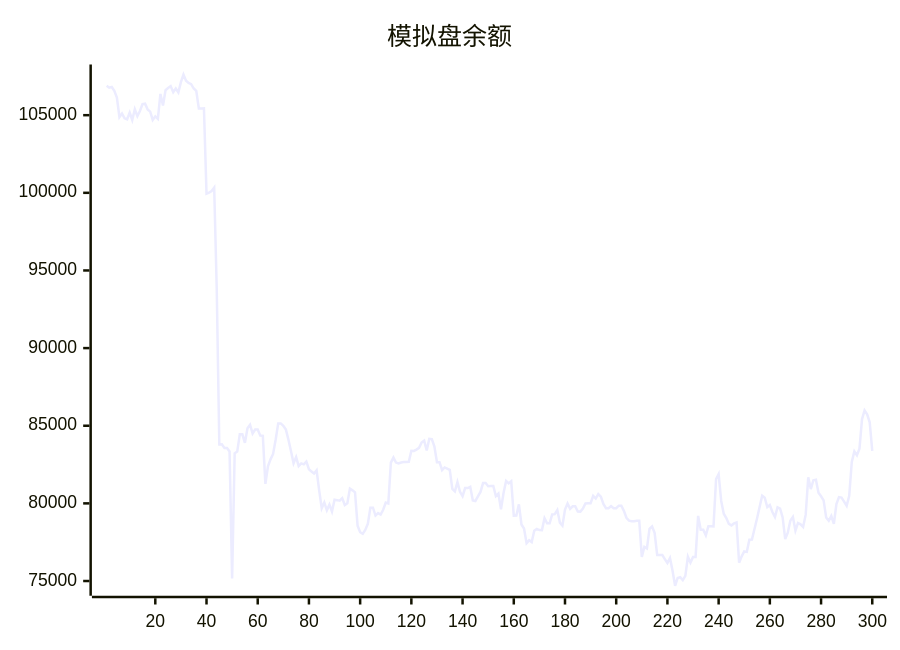
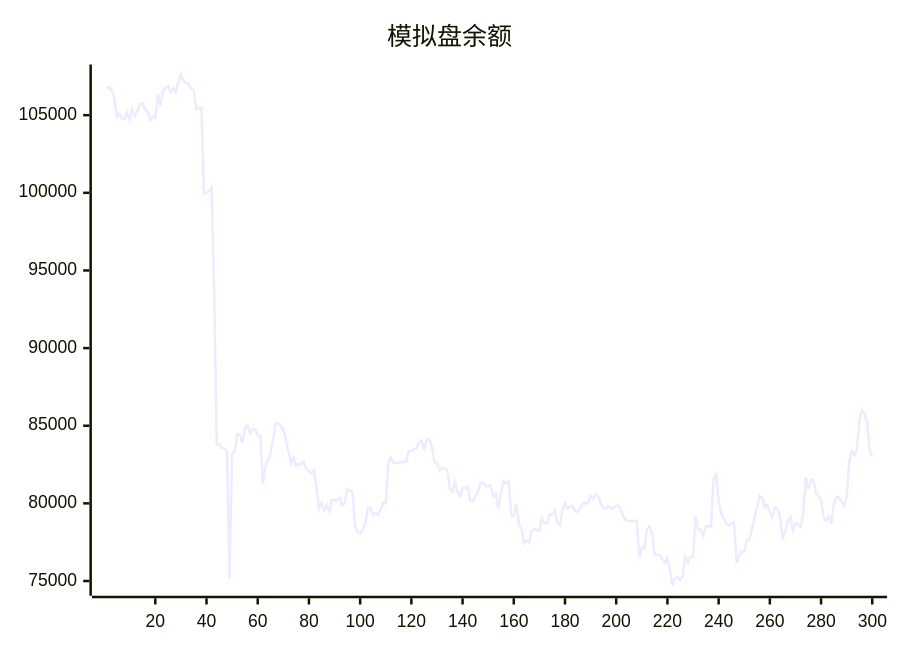
One commit to aahl/ai-trading changed the diagram in README.md. Above: the diagram before and after it, drawn with Mermaid. The commit also changed other lines of this file and 1 other file, not shown here.

````diff
--- a/README.md
+++ b/README.md
@@ -5,5 +5,5 @@
 ```mermaid
 xychart
     title "模拟盘余额"
-    line [106889,106771,106816,106565,106141,104876,105103,104796,104734,105169,104690,105380,104941,105272,105709,105739,105374,105227,104691,104924,104762,106364,105628,106608,106748,106872,106485,106721,106468,107132,107620,107224,107080,107001,106717,106567,105431,105431,105440,99950,100017,100113,100337,93749,83795,83807,83567,83567,83342,75168,83222,83336,84448,84449,83896,84839,85065,84499,84757,84757,84364,84347,81254,82385,82835,83184,84099,85150,85150,85002,84751,84096,83356,82582,82983,82404,82572,82512,82688,82200,82047,81920,82125,80840,79688,80060,79552,79920,79470,80236,80208,80170,80336,79894,80006,80954,80837,80712,78561,78139,78037,78293,78682,79720,79720,79214,79372,79279,79591,80046,79993,82625,82950,82626,82571,82633,82670,82670,82681,83386,83378,83464,83579,83920,84037,83402,84160,84142,83652,82655,82655,82145,82315,82243,82163,80934,80770,81371,80742,80468,80989,80989,81067,80191,80155,80450,80737,81309,81309,81106,81119,81119,80471,80631,79624,80670,81448,81290,81429,79212,79222,79940,78643,78380,77432,77623,77504,78235,78358,78284,78277,79048,78714,78714,79290,79308,79567,78763,78563,79603,79988,79652,79813,79813,79476,79469,79673,79995,80015,80015,80486,80314,80600,80436,79966,79689,79689,79819,79692,79692,79850,79850,79518,79071,78889,78850,78850,78878,78878,76554,77202,77103,78357,78510,78106,76678,76677,76672,76411,76159,76485,75656,74695,75197,75246,75052,75334,76564,76179,76553,76551,79196,78300,78300,77944,78531,78531,78521,81564,81884,80160,79335,79055,78675,78580,78708,78764,76179,76586,76902,76876,77658,77669,78346,79023,79769,80497,80366,79761,79896,79448,79126,79749,79658,79097,77695,78114,78888,79126,78249,78738,78653,78478,79271,81680,80923,81488,81527,80681,80455,80190,79084,78879,79193,78686,79954,80403,80374,80118,79848,80491,82665,83351,83098,83525,85430,85983,85737,85221,83378]
+    line [106771,106816,106565,106141,104876,105103,104796,104734,105169,104690,105380,104941,105272,105709,105739,105374,105227,104691,104924,104762,106364,105628,106608,106748,106872,106485,106721,106468,107132,107620,107224,107080,107001,106717,106567,105431,105431,105440,99950,100017,100113,100337,93749,83795,83807,83567,83567,83342,75168,83222,83336,84448,84449,83896,84839,85065,84499,84757,84757,84364,84347,81254,82385,82835,83184,84099,85150,85150,85002,84751,84096,83356,82582,82983,82404,82572,82512,82688,82200,82047,81920,82125,80840,79688,80060,79552,79920,79470,80236,80208,80170,80336,79894,80006,80954,80837,80712,78561,78139,78037,78293,78682,79720,79720,79214,79372,79279,79591,80046,79993,82625,82950,82626,82571,82633,82670,82670,82681,83386,83378,83464,83579,83920,84037,83402,84160,84142,83652,82655,82655,82145,82315,82243,82163,80934,80770,81371,80742,80468,80989,80989,81067,80191,80155,80450,80737,81309,81309,81106,81119,81119,80471,80631,79624,80670,81448,81290,81429,79212,79222,79940,78643,78380,77432,77623,77504,78235,78358,78284,78277,79048,78714,78714,79290,79308,79567,78763,78563,79603,79988,79652,79813,79813,79476,79469,79673,79995,80015,80015,80486,80314,80600,80436,79966,79689,79689,79819,79692,79692,79850,79850,79518,79071,78889,78850,78850,78878,78878,76554,77202,77103,78357,78510,78106,76678,76677,76672,76411,76159,76485,75656,74695,75197,75246,75052,75334,76564,76179,76553,76551,79196,78300,78300,77944,78531,78531,78521,81564,81884,80160,79335,79055,78675,78580,78708,78764,76179,76586,76902,76876,77658,77669,78346,79023,79769,80497,80366,79761,79896,79448,79126,79749,79658,79097,77695,78114,78888,79126,78249,78738,78653,78478,79271,81680,80923,81488,81527,80681,80455,80190,79084,78879,79193,78686,79954,80403,80374,80118,79848,80491,82665,83351,83098,83525,85430,85983,85737,85221,83378,83014]
 ```
````
